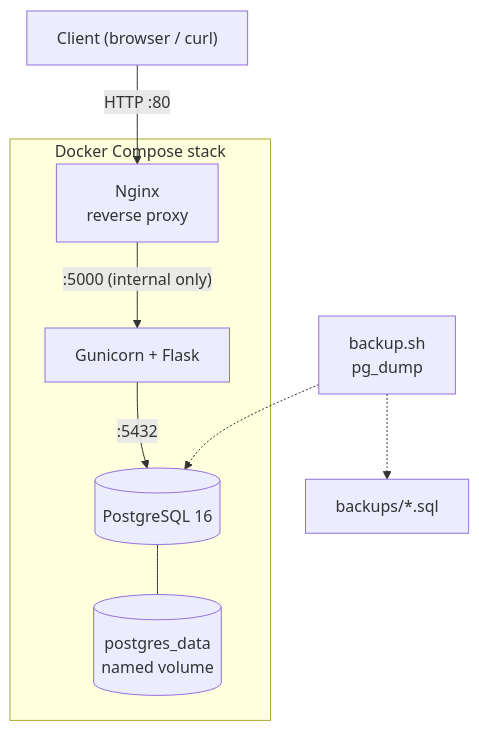
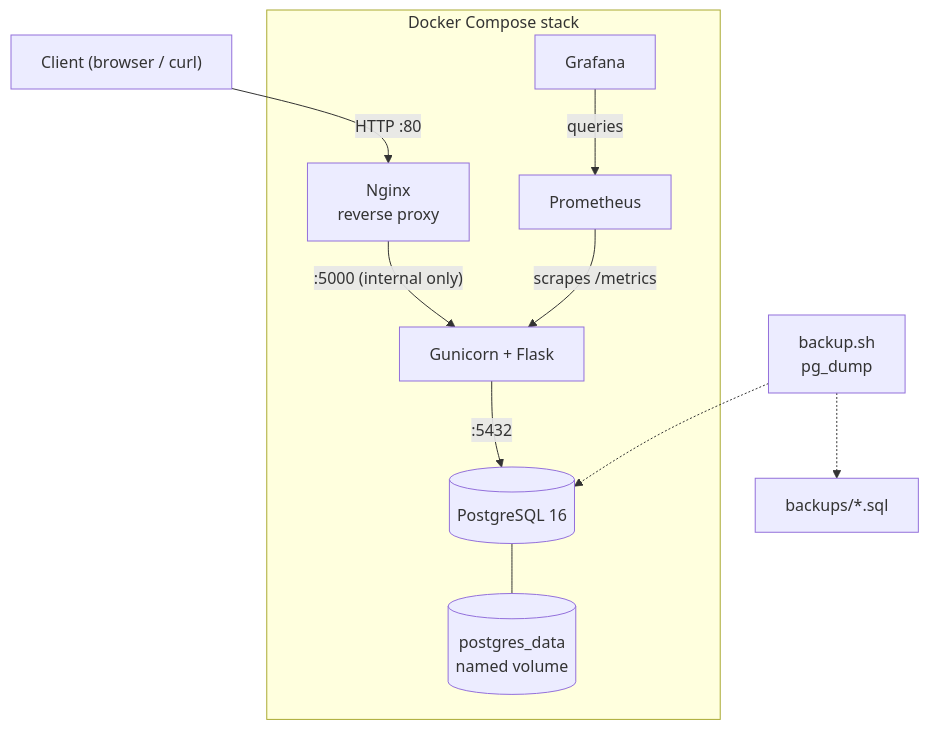
Before and after one commit to crypxw/expense-tracker: the diagram in README.md, drawn with Mermaid. The commit also changed other lines of this file, not shown here.

Commit message:
README: update technologies, CI/CD, env example, security notes and diagram

````diff
--- a/README.md
+++ b/README.md
@@ -7,13 +7,15 @@
 ```mermaid
 flowchart TD
     client["Client (browser / curl)"] -->|"HTTP :80"| nginx
 
     subgraph compose["Docker Compose stack"]
         nginx["Nginx<br/>reverse proxy"] -->|":5000 (internal only)"| web["Gunicorn + Flask"]
         web -->|":5432"| db[("PostgreSQL 16")]
         db --- vol[("postgres_data<br/>named volume")]
+                prom["Prometheus"] -->|"scrapes /metrics"| web
+        graf["Grafana"] -->|"queries"| prom
     end
 
     backup["backup.sh<br/>pg_dump"] -.-> db
     backup -.-> files["backups/*.sql"]
 ```
````
